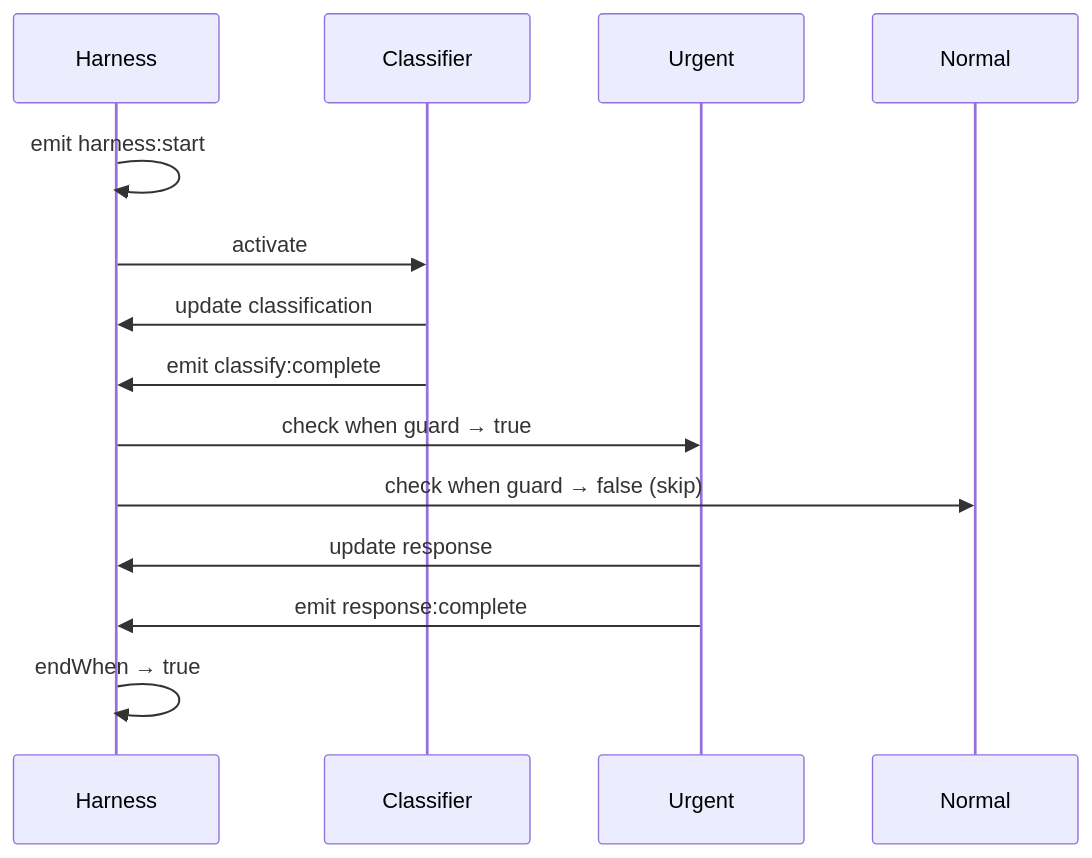
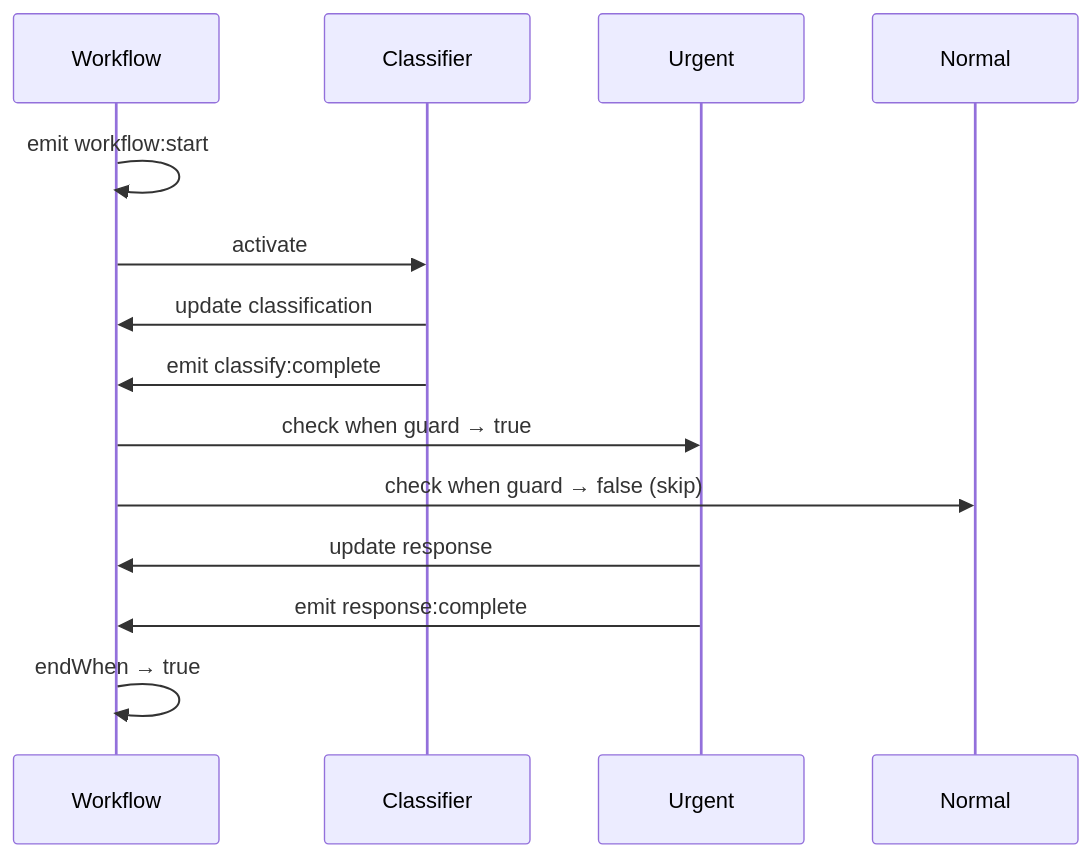
Before and after one commit to Open-Harness/open-harness: the second of 2 diagrams in apps/docs/content/docs/learn/your-first-agent.mdx, drawn with Mermaid. The commit also changed other lines of this file and 138 other files, not shown here.

````diff
--- a/apps/docs/content/docs/learn/your-first-agent.mdx
+++ b/apps/docs/content/docs/learn/your-first-agent.mdx
@@ -121,17 +121,17 @@
 ```mermaid
 sequenceDiagram
-    participant H as Harness
+    participant W as Workflow
     participant C as Classifier
     participant U as Urgent
     participant N as Normal
 
-    H->>H: emit harness:start
-    H->>C: activate
-    C->>H: update classification
-    C->>H: emit classify:complete
-    H->>U: check when guard → true
-    H->>N: check when guard → false (skip)
-    U->>H: update response
-    U->>H: emit response:complete
-    H->>H: endWhen → true
+    W->>W: emit workflow:start
+    W->>C: activate
+    C->>W: update classification
+    C->>W: emit classify:complete
+    W->>U: check when guard → true
+    W->>N: check when guard → false (skip)
+    U->>W: update response
+    U->>W: emit response:complete
+    W->>W: endWhen → true
 ```
````
